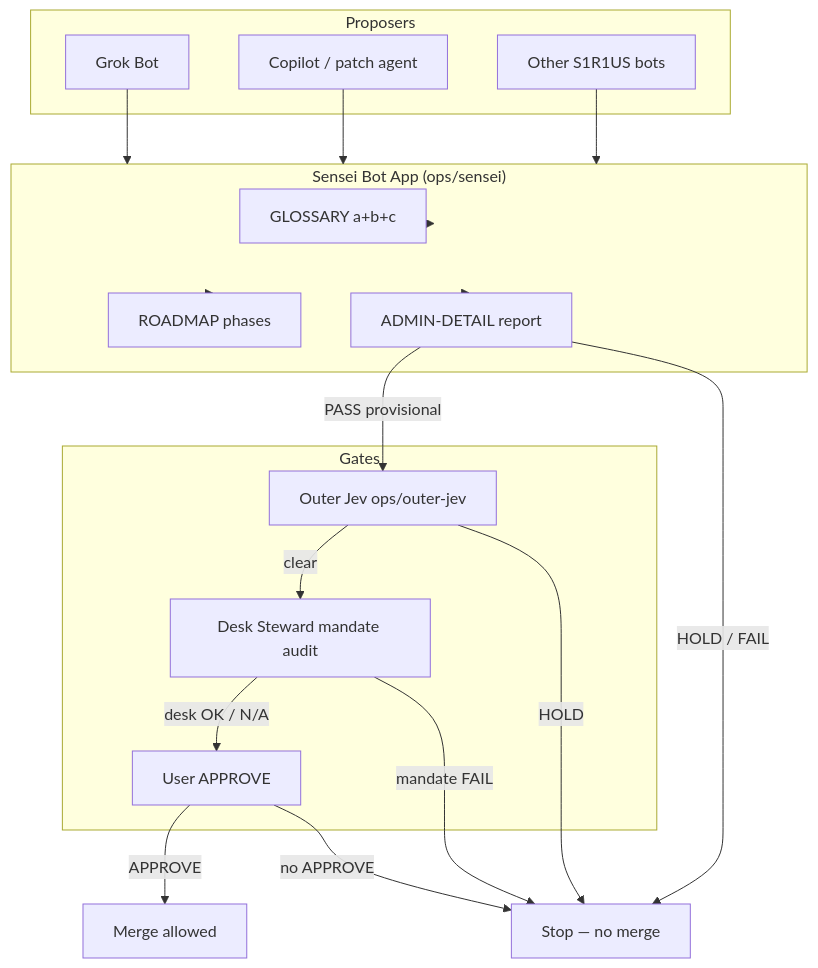
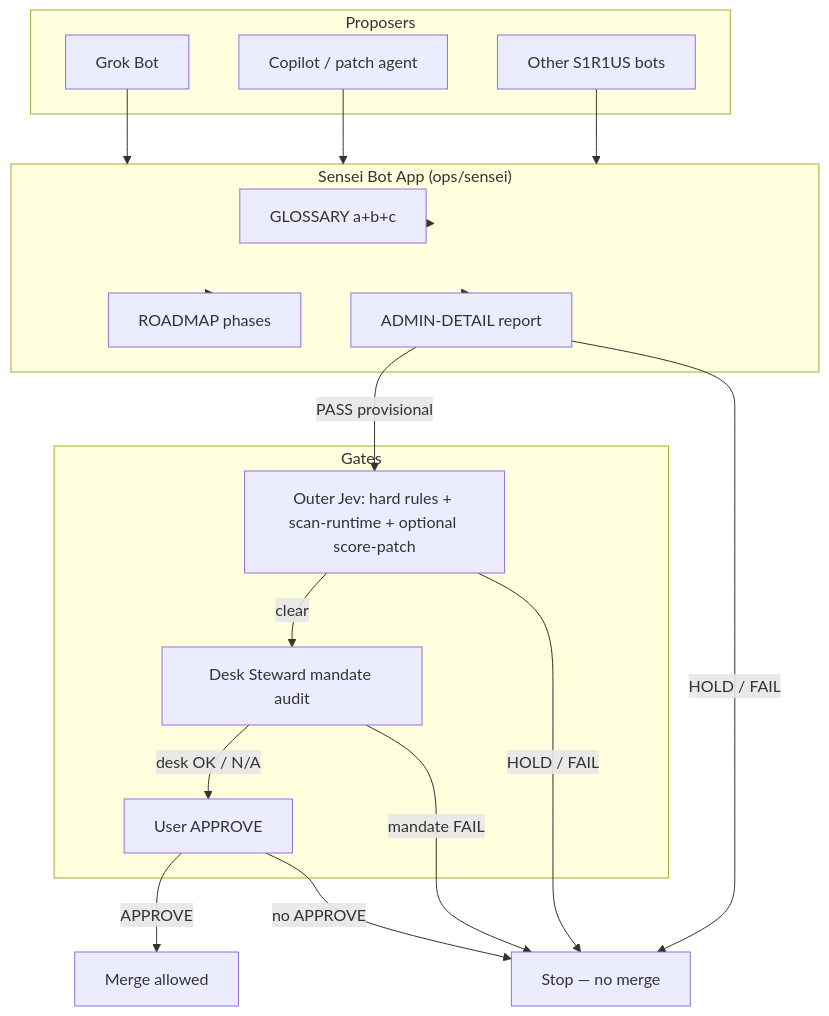
One commit to S1R1US-AI/lab3-visible-sandbox changed the diagram in ops/sensei/flows/01-sensei-oversight.md. Above: the diagram before and after it, drawn with Mermaid. The commit also changed other lines of this file and 16 other files, not shown here.

First line of the commit message:
docs(sensei): Lab 3 bot workflow diagrams, ROADMAP, search schema, instrumentation (#11)

````diff
--- a/ops/sensei/flows/01-sensei-oversight.md
+++ b/ops/sensei/flows/01-sensei-oversight.md
@@ -5,35 +5,35 @@
 ```mermaid
 flowchart TB
   subgraph Proposers
     G[Grok Bot]
     C[Copilot / patch agent]
     O[Other S1R1US bots]
   end
 
   subgraph Sensei["Sensei Bot App (ops/sensei)"]
     GL[GLOSSARY a+b+c]
     RM[ROADMAP phases]
     AD[ADMIN-DETAIL report]
   end
 
   subgraph Gates
-    J[Outer Jev ops/outer-jev]
+    J["Outer Jev: hard rules + scan-runtime + optional score-patch"]
     ST[Desk Steward mandate audit]
     U[User APPROVE]
   end
 
   G --> Sensei
   C --> Sensei
   O --> Sensei
   Sensei --> GL
   Sensei --> RM
   Sensei --> AD
   AD -->|PASS provisional| J
   AD -->|HOLD / FAIL| X[Stop — no merge]
   J -->|clear| ST
-  J -->|HOLD| X
+  J -->|HOLD / FAIL| X
   ST -->|desk OK / N/A| U
   ST -->|mandate FAIL| X
   U -->|APPROVE| M[Merge allowed]
   U -->|no APPROVE| X
 ```
````
